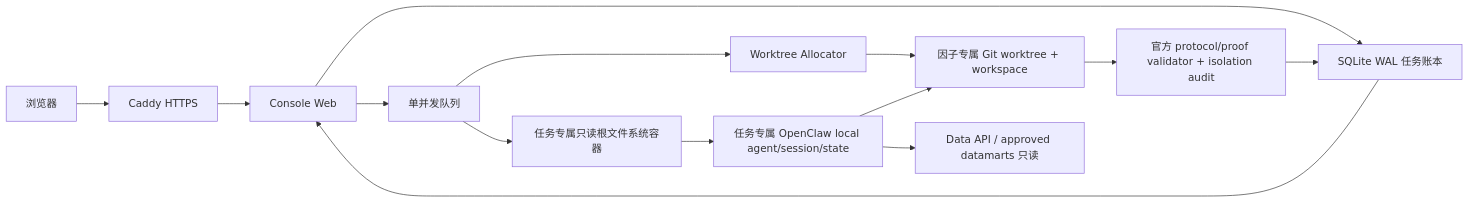
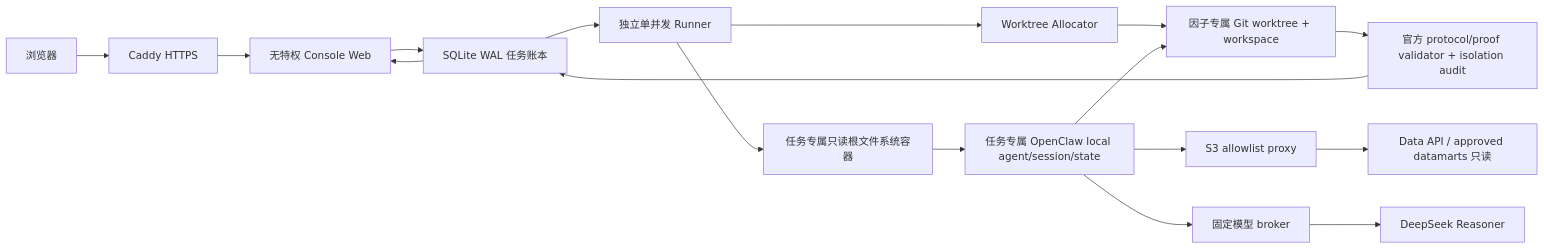
One commit to weiyufan1994/factor-factory changed the diagram in docs/architecture/factorforge-console-web-pilot-architecture-20260801.zh-CN.md. Above: the diagram before and after it, drawn with Mermaid. The commit also changed other lines of this file and 35 other files, not shown here.

````diff
--- a/docs/architecture/factorforge-console-web-pilot-architecture-20260801.zh-CN.md
+++ b/docs/architecture/factorforge-console-web-pilot-architecture-20260801.zh-CN.md
@@ -76,16 +76,19 @@
 ```mermaid
 flowchart LR
   U["浏览器"] --> P["Caddy HTTPS"]
-  P --> W["Console Web"]
+  P --> W["无特权 Console Web"]
   W --> L["SQLite WAL 任务账本"]
-  W --> Q["单并发队列"]
+  L --> Q["独立单并发 Runner"]
   Q --> A["Worktree Allocator"]
   A --> FW["因子专属 Git worktree + workspace"]
   Q --> C["任务专属只读根文件系统容器"]
   C --> AG["任务专属 OpenClaw local agent/session/state"]
   AG --> FW
-  AG --> D["Data API / approved datamarts 只读"]
+  AG --> S["S3 allowlist proxy"]
+  S --> D["Data API / approved datamarts 只读"]
+  AG --> B["固定模型 broker"]
+  B --> M["DeepSeek Reasoner"]
   FW --> V["官方 protocol/proof validator + isolation audit"]
   V --> L
   L --> W
 ```
````
